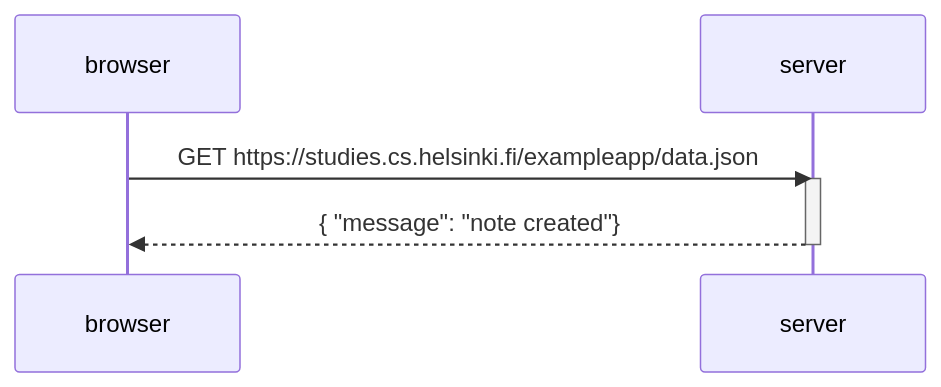
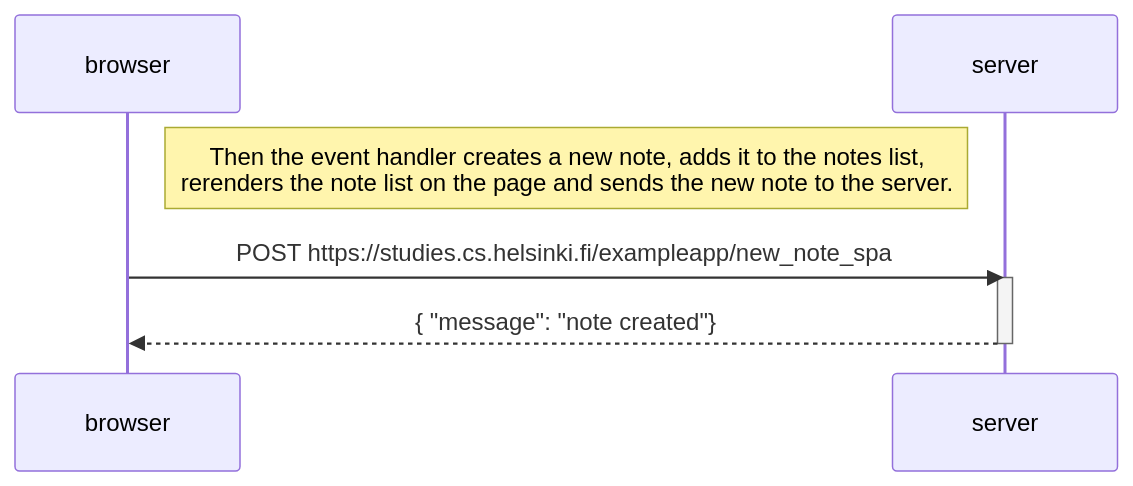
Before and after one commit to Nate1809/Full-Stack-Open-submissions: the third of 3 diagrams in part0/exercises-0.1-0.6.md, drawn with Mermaid.

Commit message:
Part 0: correct 3rd diagram

````diff
--- a/part0/exercises-0.1-0.6.md
+++ b/part0/exercises-0.1-0.6.md
@@ -72,11 +73,11 @@
 ```mermaid
 sequenceDiagram
     participant browser
     participant server
 
-
-    browser->>server: GET https://studies.cs.helsinki.fi/exampleapp/data.json
+    Note right of browser: Then the event handler creates a new note, adds it to the notes list, <br> rerenders the note list on the page and sends the new note to the server.
+    browser->>server: POST https://studies.cs.helsinki.fi/exampleapp/new_note_spa
     activate server
     server-->>browser: { "message": "note created"}
     deactivate server
 ```
````
